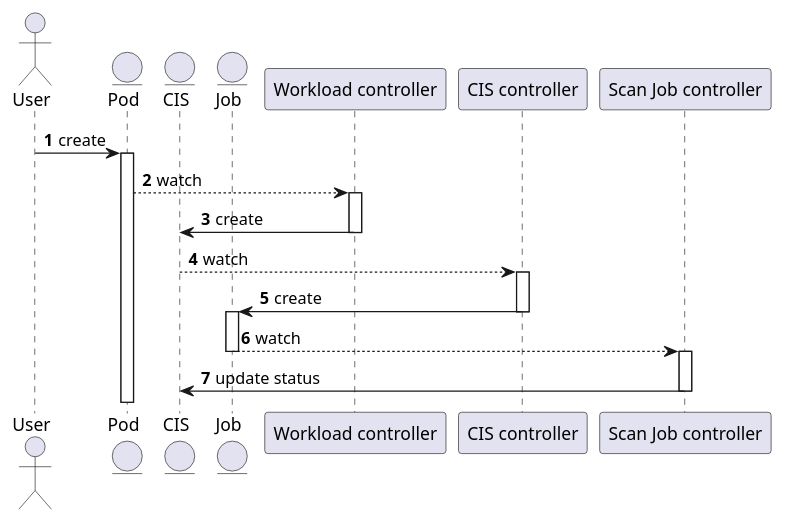
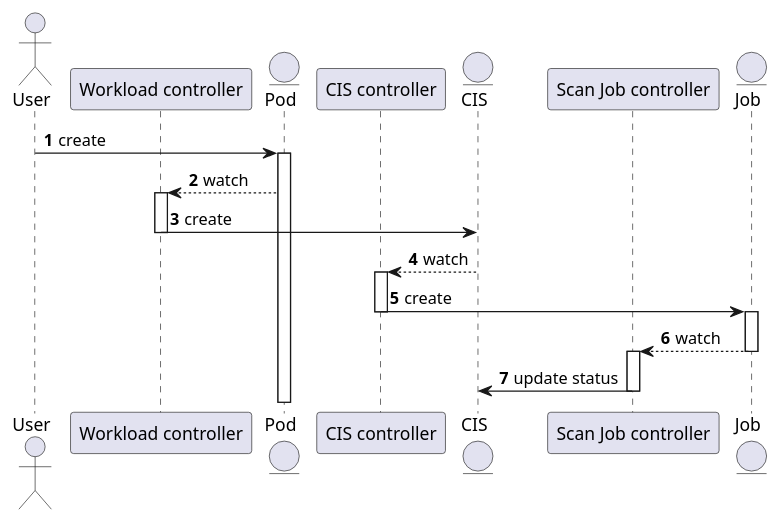
The diagram in docs/scan-sequence.puml (statnett/image-scanner-operator), drawn with PlantUML before and after one commit.

Commit message:
improved?

```diff
--- a/docs/scan-sequence.puml
+++ b/docs/scan-sequence.puml
@@ -1,31 +1,31 @@
 @startuml
 autonumber
 actor       User       as user
+participant "Workload controller" as wc
 entity      Pod      as pod
+participant "CIS controller" as cc
 entity      CIS      as cis
+participant "Scan Job controller" as jc
 entity      Job      as job
-participant "Workload controller" as wc
-participant "CIS controller" as cc
-participant "Scan Job controller" as jc
 
 user -> pod : create
 activate pod 
 
-pod --> wc : watch
+wc <-- pod : watch
 activate wc
 wc -> cis : create
 deactivate wc
 
-cis --> cc : watch
+cc <-- cis : watch
 activate cc
 cc -> job : create
 deactivate cc
 activate job
 
-job --> jc : watch
+jc <-- job: watch
 deactivate job
 activate jc
 jc -> cis : update status
 deactivate jc
 
 @enduml
```
